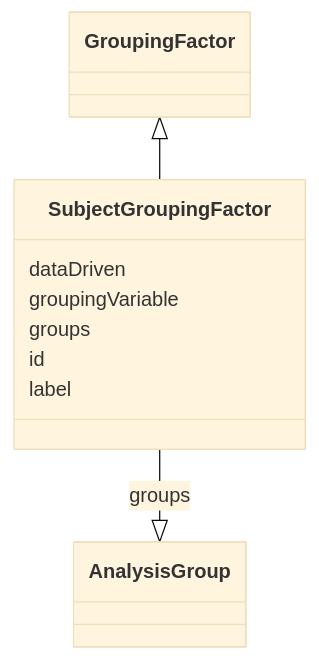
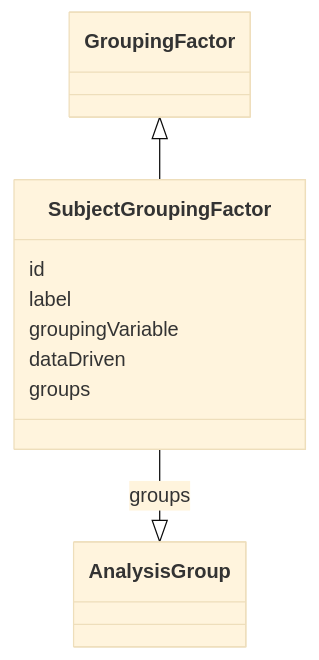
One commit to cdisc-org/analysis-results-standard changed the diagram in project/docs/SubjectGroupingFactor.md. Above: the diagram before and after it, drawn with Mermaid (base theme). The commit also changed other lines of this file and 192 other files, not shown here.

````diff
--- a/project/docs/SubjectGroupingFactor.md
+++ b/project/docs/SubjectGroupingFactor.md
@@ -15,19 +13,13 @@
 ```mermaid
  classDiagram
     class SubjectGroupingFactor
       GroupingFactor <|-- SubjectGroupingFactor
-      
-      SubjectGroupingFactor : dataDriven
+
+      SubjectGroupingFactor : id
+        SubjectGroupingFactor : label
+        SubjectGroupingFactor : groupingVariable
+        SubjectGroupingFactor : dataDriven
+        SubjectGroupingFactor : groups
+        SubjectGroupingFactor --|> AnalysisGroup : groups
         
-      SubjectGroupingFactor : groupingVariable
-        
-      SubjectGroupingFactor : groups
-        
-          SubjectGroupingFactor --|> AnalysisGroup : groups
-        
-      SubjectGroupingFactor : id
-        
-      SubjectGroupingFactor : label
-        
-      
 ```
````
